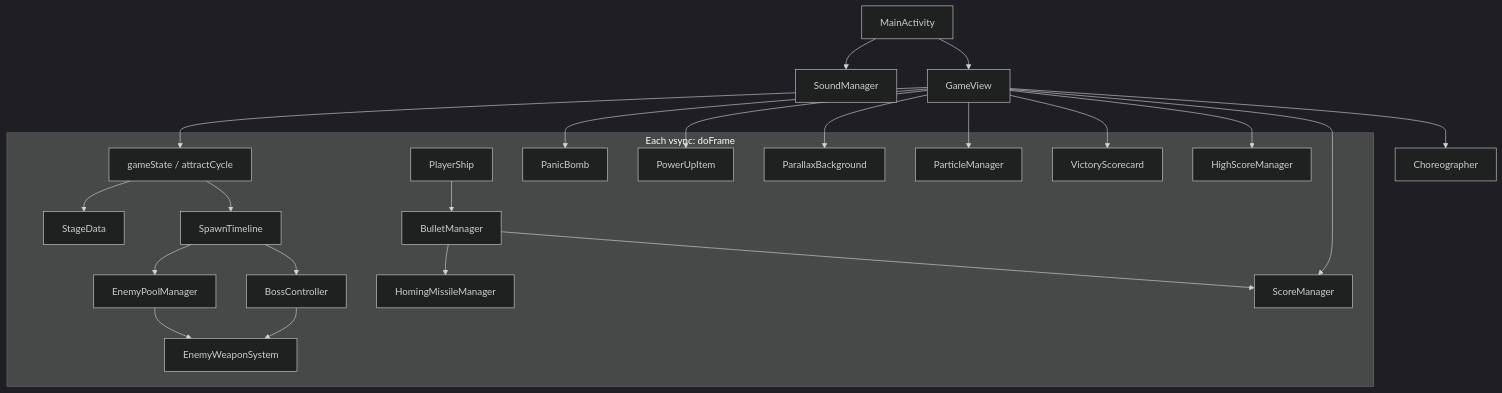
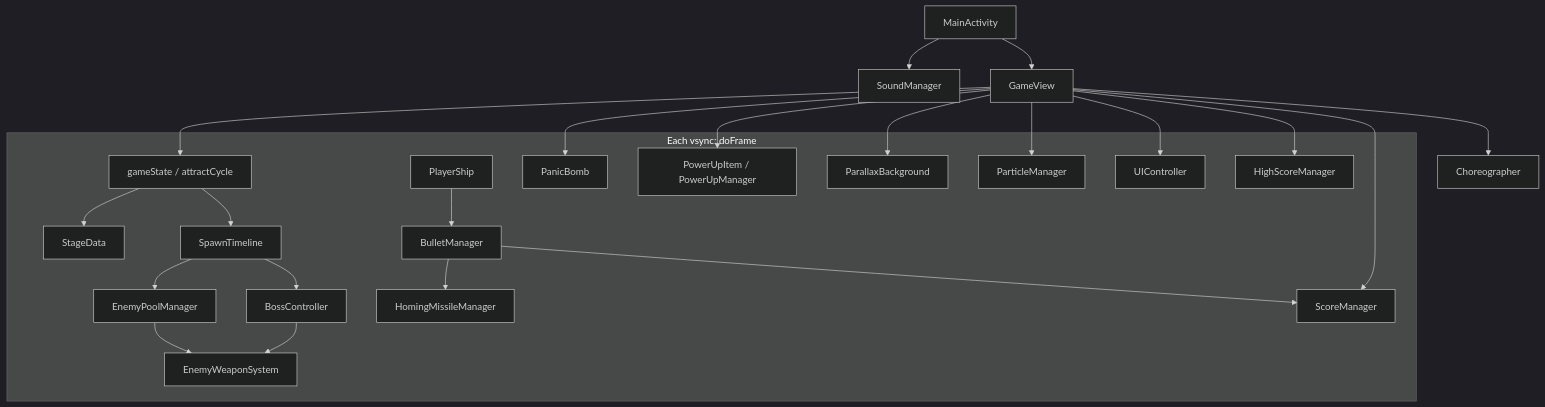
The diagram in README.md (ccolteu/strikers), drawn with Mermaid (dark theme) before and after one commit. The commit also changed other lines of this file and 20 other files, not shown here.

````diff
--- a/README.md
+++ b/README.md
@@ -279,48 +294,48 @@
 ```mermaid
 flowchart TB
   MA[MainActivity]
   SM[SoundManager]
   GV[GameView]
   CH[Choreographer]
 
   MA --> SM
   MA --> GV
   GV --> CH
 
   subgraph frame["Each vsync: doFrame"]
     ST[gameState / attractCycle]
     SD[StageData]
     TL[SpawnTimeline]
     EN[EnemyPoolManager]
     EW[EnemyWeaponSystem]
     BS[BossController]
     PL[PlayerShip]
     BL[BulletManager]
     HM[HomingMissileManager]
     PB[PanicBomb]
-    PU[PowerUpItem]
+    PU[PowerUpItem / PowerUpManager]
     PA[ParallaxBackground]
     PT[ParticleManager]
-    SC[VictoryScorecard]
+    UI[UIController]
     SCR[ScoreManager]
     HS[HighScoreManager]
   end
 
   GV --> ST
   ST --> SD
   ST --> TL
   TL --> EN
   TL --> BS
   EN --> EW
   BS --> EW
   PL --> BL
   BL --> HM
   BL --> SCR
   GV --> PB
   GV --> PU
   GV --> PA
   GV --> PT
-  GV --> SC
+  GV --> UI
   GV --> SCR
   GV --> HS
 ```
````
